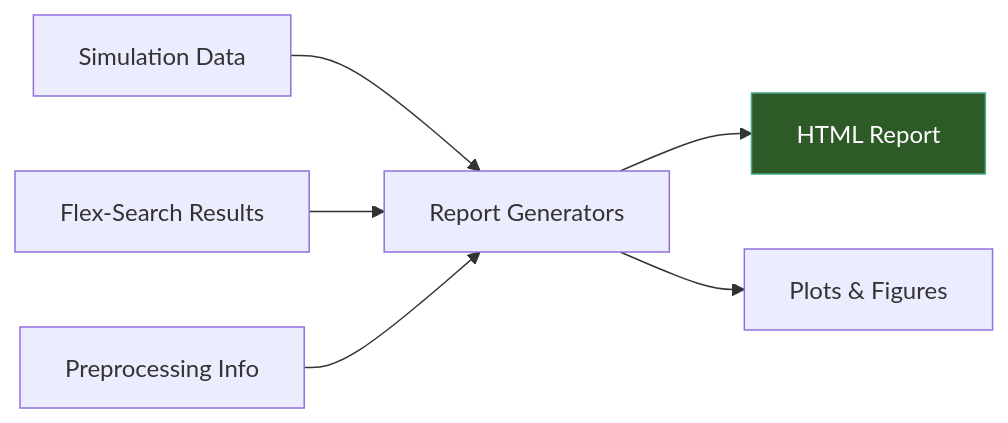
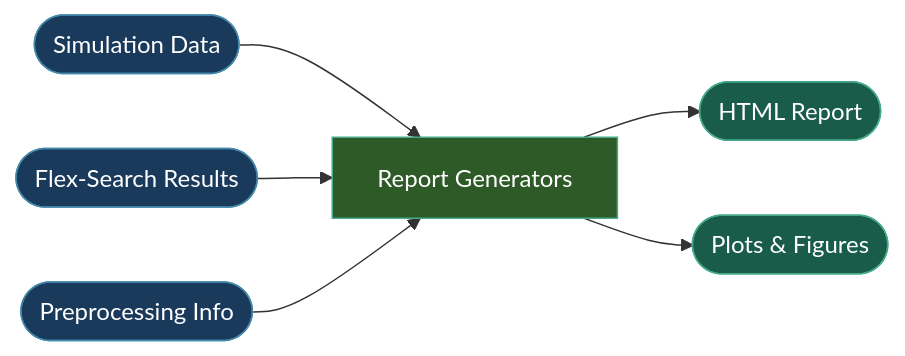
The diagram in docs/api_mkdocs/docs/pipeline/reporting.md (idossha/TI-Toolbox), drawn with Mermaid before and after one commit. The commit also changed 9 other files, not shown here.

First line of the commit message:
docs: standardize mermaid diagram color scheme, shapes, and I/O logic (#86)

````diff
--- a/docs/api_mkdocs/docs/pipeline/reporting.md
+++ b/docs/api_mkdocs/docs/pipeline/reporting.md
@@ -5,9 +5,14 @@
 ```mermaid
 graph LR
-    SIM_DATA[Simulation Data] --> GEN[Report Generators]
-    FLEX_DATA[Flex-Search Results] --> GEN
-    PRE_DATA[Preprocessing Info] --> GEN
-    GEN --> HTML[HTML Report]
-    GEN --> PLOTS[Plots & Figures]
-    style HTML fill:#2d5a27,stroke:#4a8,color:#fff
+    SIM_DATA([Simulation Data]) --> GEN[Report Generators]
+    FLEX_DATA([Flex-Search Results]) --> GEN
+    PRE_DATA([Preprocessing Info]) --> GEN
+    GEN --> HTML([HTML Report])
+    GEN --> PLOTS([Plots & Figures])
+    style SIM_DATA fill:#1a3a5c,stroke:#48a,color:#fff
+    style FLEX_DATA fill:#1a3a5c,stroke:#48a,color:#fff
+    style PRE_DATA fill:#1a3a5c,stroke:#48a,color:#fff
+    style GEN fill:#2d5a27,stroke:#4a8,color:#fff
+    style HTML fill:#1a5c4a,stroke:#4a8,color:#fff
+    style PLOTS fill:#1a5c4a,stroke:#4a8,color:#fff
 ```
````
